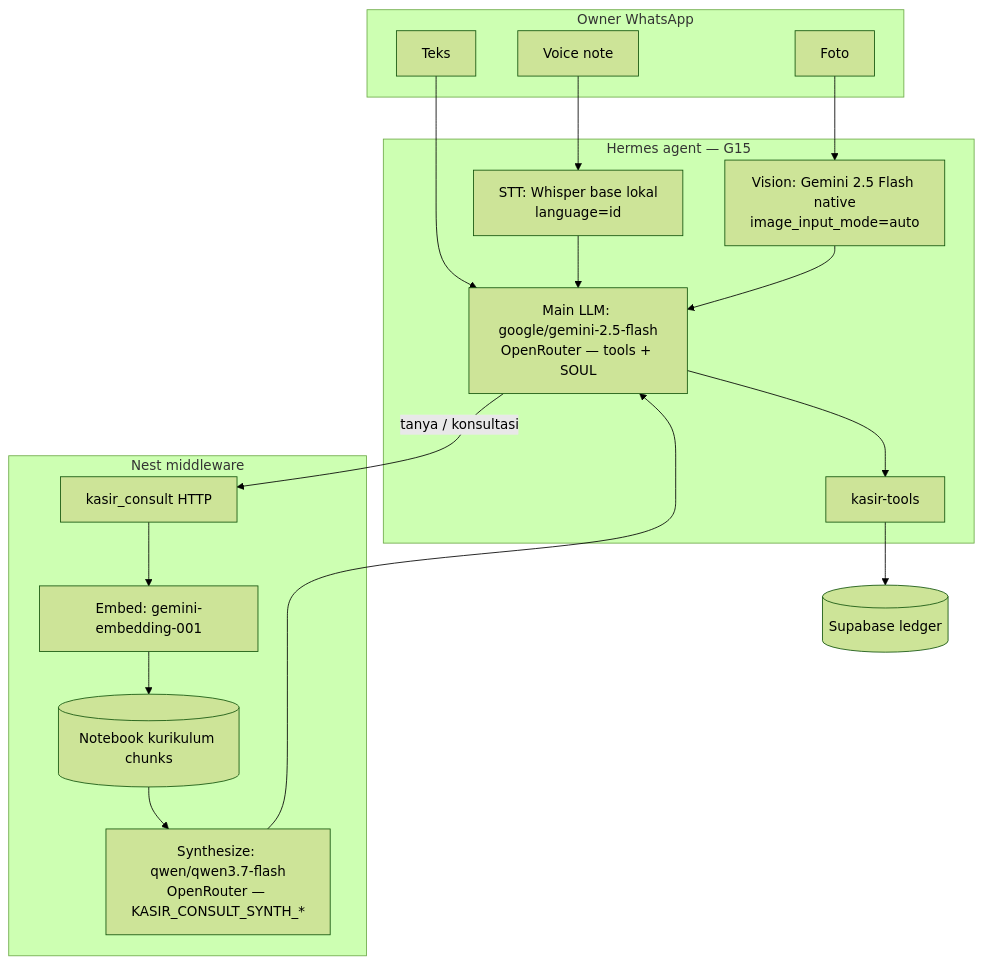
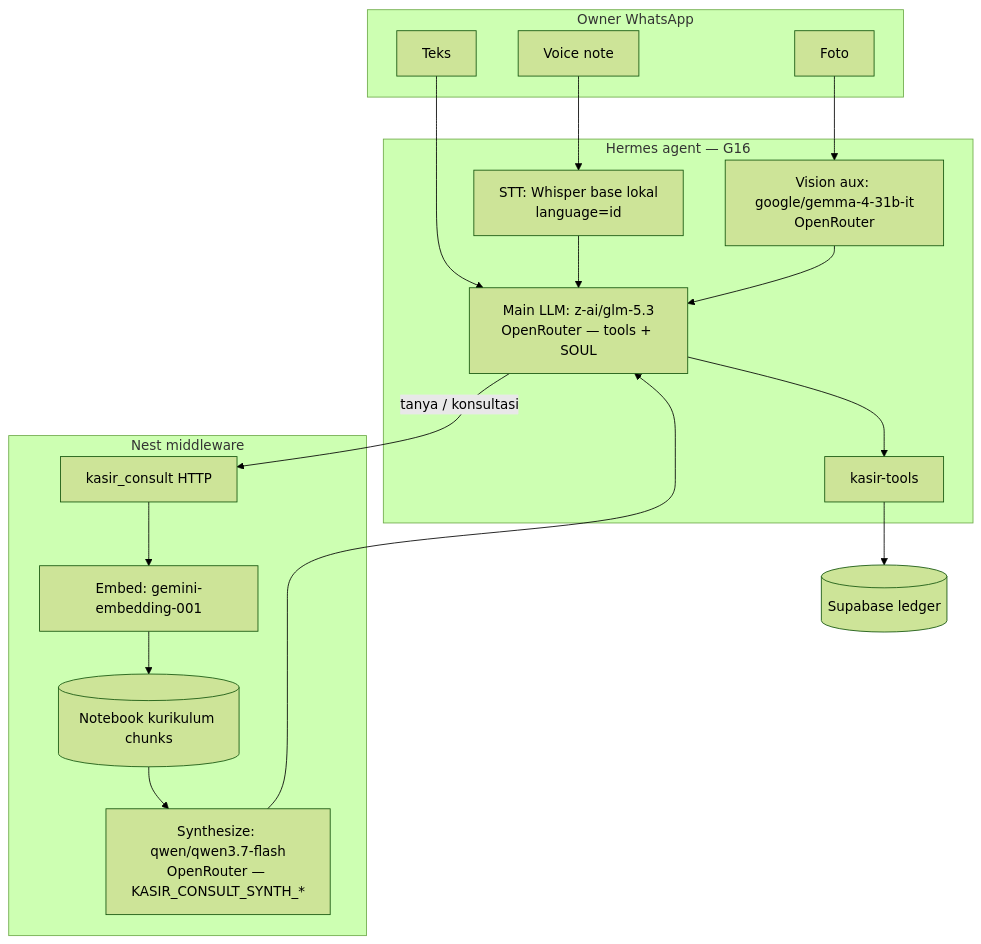
One commit to nusantarasoft/juragan-aibuilder-cup changed the diagram in diagrams/aistudio/umkm-wa/system/L10-model-stack.mmd. Above: the diagram before and after it, drawn with Mermaid (forest theme). The commit also changed 11 other files, not shown here.

First line of the commit message:
feat(kasir): lock Hermes main to GLM 5.3 and vision to Gemma 4 31B

```diff
--- a/diagrams/aistudio/umkm-wa/system/L10-model-stack.mmd
+++ b/diagrams/aistudio/umkm-wa/system/L10-model-stack.mmd
@@ -1,32 +1,32 @@
 %% System L10: model stack — which LLM/STT does which job (eng/ops)
 %% Sales-facing flows stay on L0*; this chart is cost/lock reference
 flowchart TB
   subgraph WA[Owner WhatsApp]
     T[Teks]
     V[Voice note]
     P[Foto]
   end
 
-  subgraph Hermes[Hermes agent — G15]
+  subgraph Hermes[Hermes agent — G16]
     STT[STT: Whisper base lokal<br/>language=id]
-    VIS[Vision: Gemini 2.5 Flash native<br/>image_input_mode=auto]
-    MAIN[Main LLM: google/gemini-2.5-flash<br/>OpenRouter — tools + SOUL]
+    VIS[Vision aux: google/gemma-4-31b-it<br/>OpenRouter]
+    MAIN[Main LLM: z-ai/glm-5.3<br/>OpenRouter — tools + SOUL]
     TOOLS[kasir-tools]
   end
 
   subgraph Nest[Nest middleware]
     CONS[kasir_consult HTTP]
     EMB[Embed: gemini-embedding-001]
     SYN[Synthesize: qwen/qwen3.7-flash<br/>OpenRouter — KASIR_CONSULT_SYNTH_*]
     NB[(Notebook kurikulum chunks)]
   end
 
   T --> MAIN
   V --> STT --> MAIN
   P --> VIS --> MAIN
   MAIN --> TOOLS
   MAIN -->|tanya / konsultasi| CONS
   CONS --> EMB --> NB
   NB --> SYN
   SYN --> MAIN
   TOOLS --> DB[(Supabase ledger)]
```
